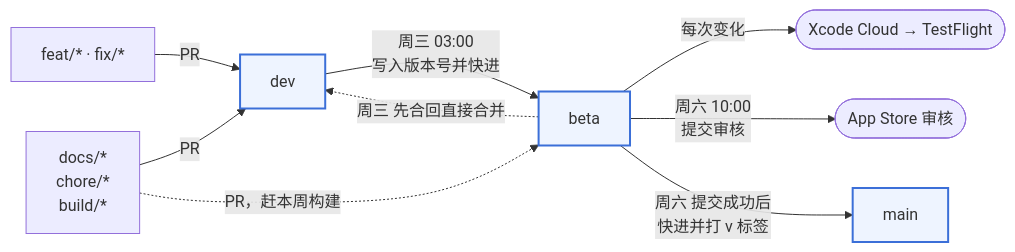
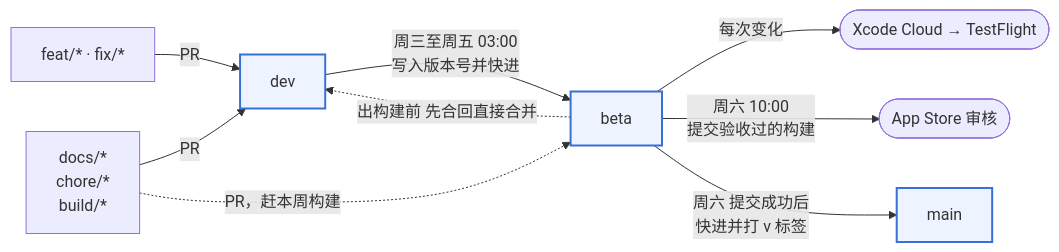
Before and after one commit to Voltline/Vime: the diagram in Docs/Development.md, drawn with Mermaid. The commit also changed other lines of this file and 11 other files, not shown here.

````diff
--- a/Docs/Development.md
+++ b/Docs/Development.md
@@ -74,13 +74,13 @@
 ```mermaid
 flowchart LR
     work["feat/* · fix/*"] -- PR --> dev
     misc["docs/*<br/>chore/*<br/>build/*"] -- PR --> dev
     misc -. "PR，赶本周构建" .-> beta
-    dev -- "周三 03:00<br/>写入版本号并快进" --> beta
-    beta -. "周三 先合回直接合并" .-> dev
+    dev -- "周三至周五 03:00<br/>写入版本号并快进" --> beta
+    beta -. "出构建前 先合回直接合并" .-> dev
     beta -- "每次变化" --> testflight(["Xcode Cloud → TestFlight"])
-    beta -- "周六 10:00<br/>提交审核" --> review(["App Store 审核"])
+    beta -- "周六 10:00<br/>提交验收过的构建" --> review(["App Store 审核"])
     beta -- "周六 提交成功后<br/>快进并打 v 标签" --> main
     classDef branch fill:#eef4ff,stroke:#3b6fd8,stroke-width:2px
     class dev,beta,main branch
 ```
````
